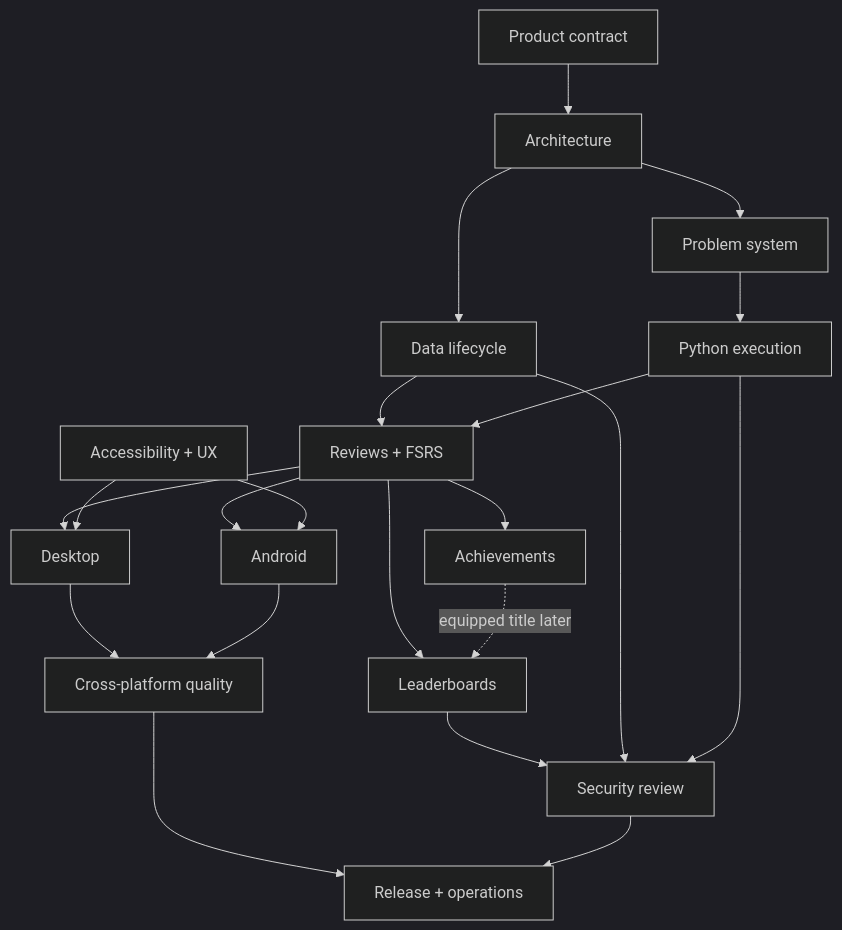
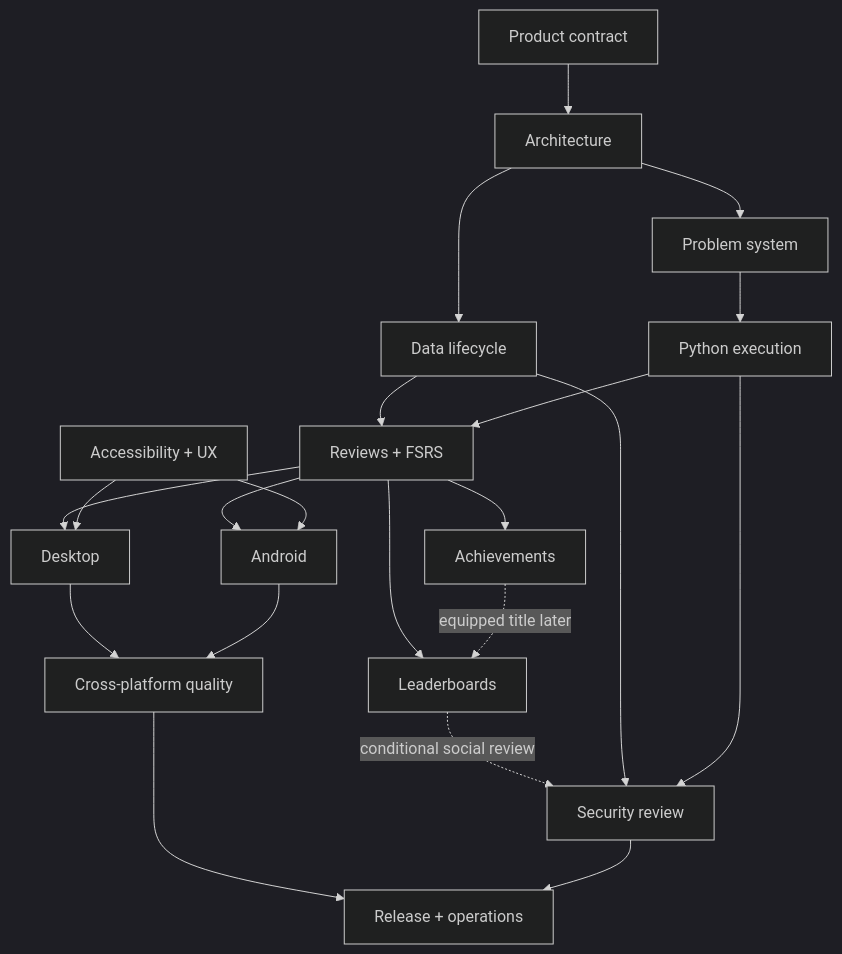
One commit to bee-san/BeeCode changed the diagram in goals/README.md. Above: the diagram before and after it, drawn with Mermaid (dark theme). The commit also changed other lines of this file and 6 other files, not shown here.

````diff
--- a/goals/README.md
+++ b/goals/README.md
@@ -101,23 +101,23 @@
 ```mermaid
 flowchart TD
     PROD["Product contract"] --> ARCH["Architecture"]
     ARCH --> PROB["Problem system"]
     ARCH --> DATA["Data lifecycle"]
     PROB --> RUN["Python execution"]
     DATA --> SRS["Reviews + FSRS"]
     RUN --> SRS
     SRS --> DSK["Desktop"]
     SRS --> AND["Android"]
     SRS --> ACH["Achievements"]
     SRS --> LDB["Leaderboards"]
     ACH -. "equipped title later" .-> LDB
     DSK --> QLT["Cross-platform quality"]
     AND --> QLT
-    LDB --> SEC["Security review"]
+    LDB -. "conditional social review" .-> SEC["Security review"]
     DATA --> SEC
     RUN --> SEC
     QLT --> OPS["Release + operations"]
     SEC --> OPS
     UX["Accessibility + UX"] --> DSK
     UX --> AND
 ```
````
